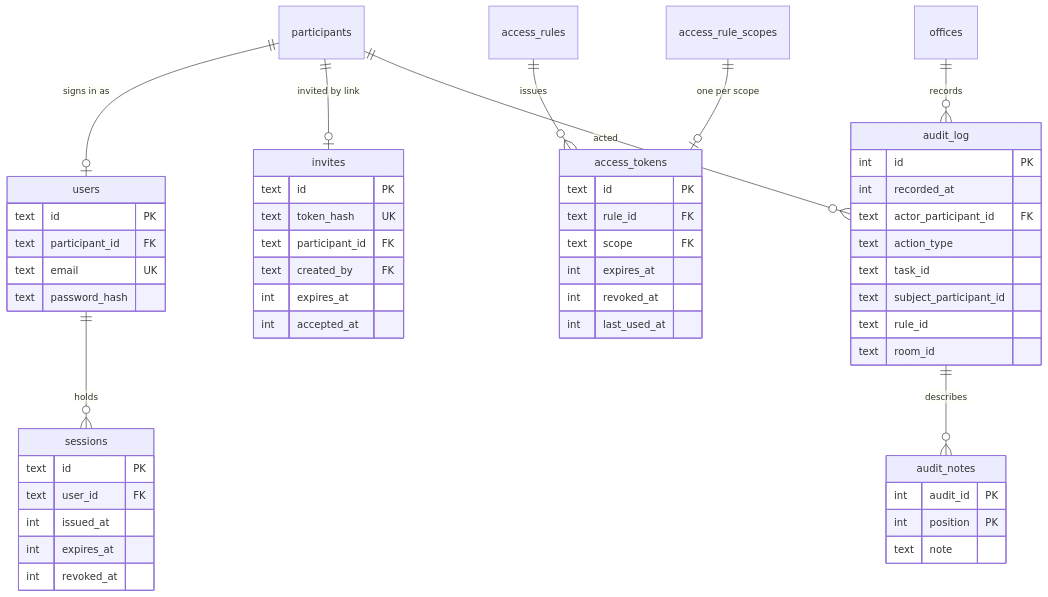
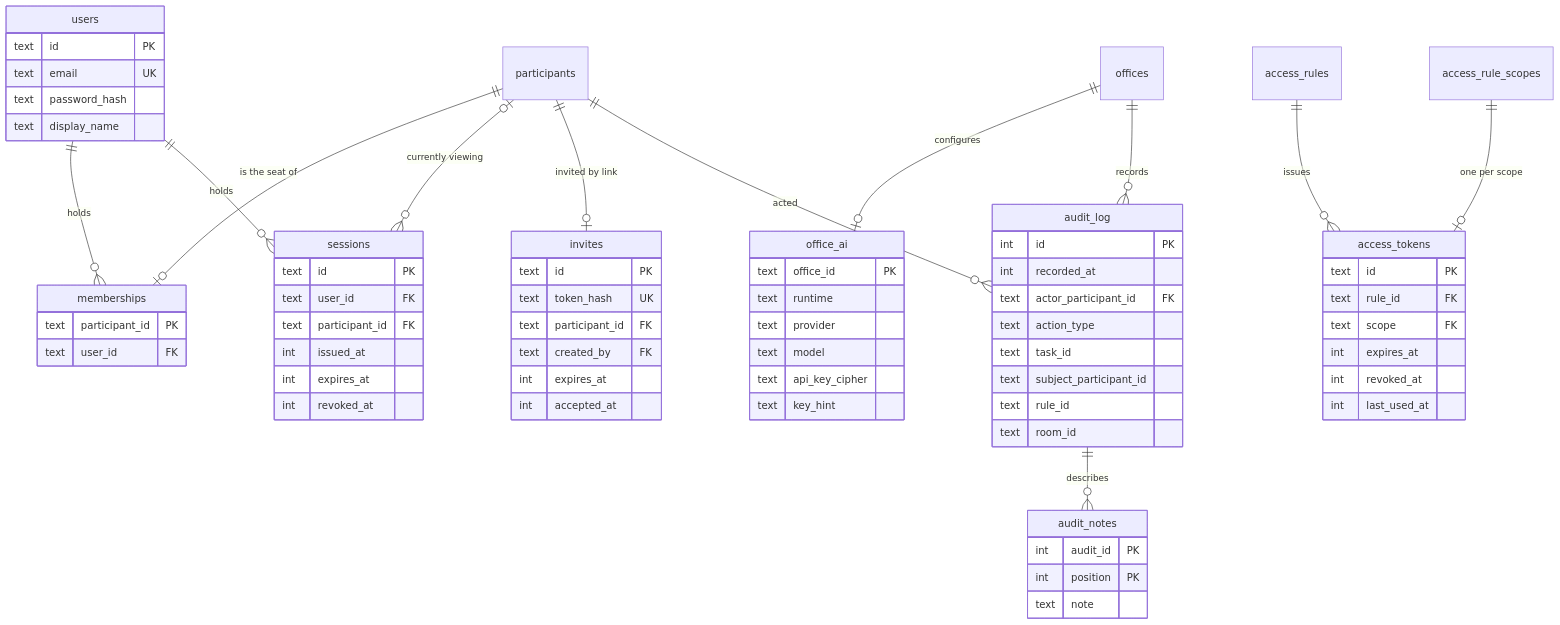
One commit to seyitgkc/ai-virtual-office changed the tenth of 11 diagrams in README.md. Above: the diagram before and after it, drawn with Mermaid. The commit also changed other lines of this file and 3 other files, not shown here.

Commit message:
Document many offices and in-app AI provider settings

````diff
--- a/README.md
+++ b/README.md
@@ -828,56 +851,72 @@
 ```mermaid
 erDiagram
-  participants ||--o| users : "signs in as"
+  users ||--o{ memberships : holds
+  participants ||--o| memberships : "is the seat of"
   users ||--o{ sessions : holds
+  participants o|--o{ sessions : "currently viewing"
+  offices ||--o| office_ai : configures
   participants ||--o| invites : "invited by link"
   access_rules ||--o{ access_tokens : issues
   access_rule_scopes ||--o| access_tokens : "one per scope"
   offices ||--o{ audit_log : records
   participants ||--o{ audit_log : acted
   audit_log ||--o{ audit_notes : describes
 
   users {
     text id PK
-    text participant_id FK
     text email UK
     text password_hash
+    text display_name
+  }
+  memberships {
+    text participant_id PK
+    text user_id FK
   }
   sessions {
     text id PK
     text user_id FK
+    text participant_id FK
     int issued_at
     int expires_at
     int revoked_at
+  }
+  office_ai {
+    text office_id PK
+    text runtime
+    text provider
+    text model
+    text api_key_cipher
+    text key_hint
   }
   invites {
     text id PK
     text token_hash UK
     text participant_id FK
     text created_by FK
     int expires_at
     int accepted_at
   }
   access_tokens {
     text id PK
     text rule_id FK
     text scope FK
     int expires_at
     int revoked_at
     int last_used_at
   }
   audit_log {
     int id PK
     int recorded_at
     text actor_participant_id FK
     text action_type
     text task_id
     text subject_participant_id
     text rule_id
     text room_id
   }
   audit_notes {
     int audit_id PK
     int position PK
     text note
   }
 ```
````
